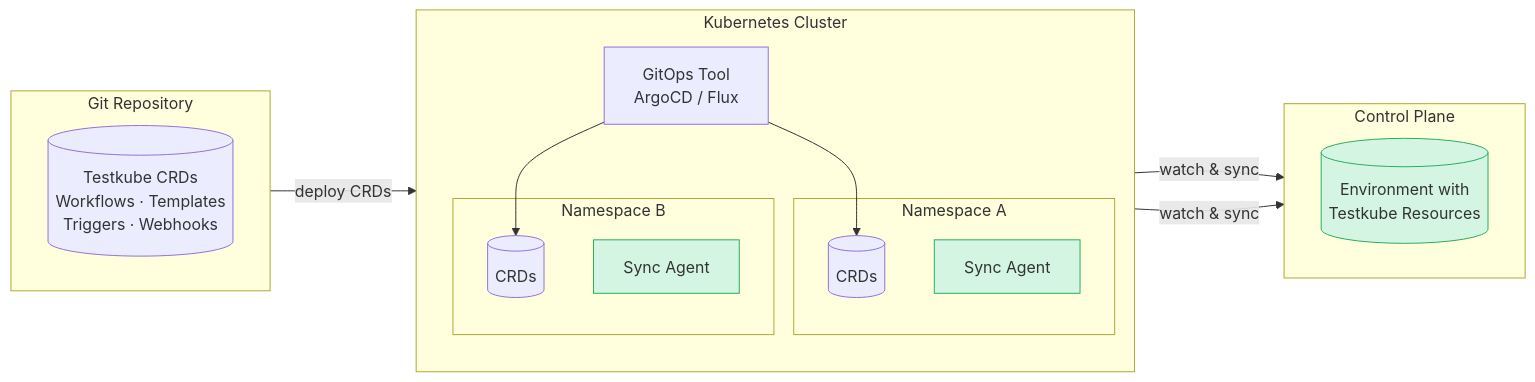
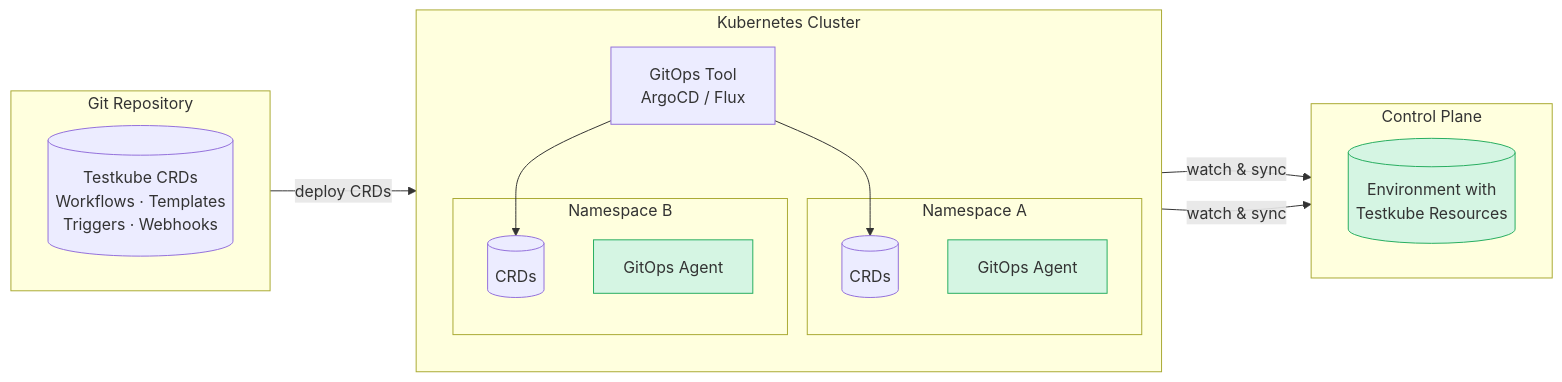
The third of 3 diagrams in docs/articles/control-plane-source-of-truth.md (kubeshop/testkube-docs), drawn with Mermaid before and after one commit. The commit also changed other lines of this file, not shown here.

````diff
--- a/docs/articles/control-plane-source-of-truth.md
+++ b/docs/articles/control-plane-source-of-truth.md
@@ -105,35 +105,35 @@
 ```mermaid
 flowchart LR
     subgraph Git Repository
         direction LR
         GR[(Testkube CRDs<br/>Workflows · Templates<br/>Triggers · Webhooks)]
     end
 
     subgraph Kubernetes Cluster
         direction TB
         ARGO[GitOps Tool<br/>ArgoCD / Flux]
         subgraph Namespace A
             CRD_A[(CRDs)]
-            SA_A[Sync Agent]
+            SA_A[GitOps Agent]
         end
         subgraph Namespace B
             CRD_B[(CRDs)]
-            SA_B[Sync Agent]
+            SA_B[GitOps Agent]
         end
     end
 
     subgraph Control Plane
         direction LR
         ENV[(Environment with<br/>Testkube Resources)]
     end
 
     GR -- "deploy CRDs" --> ARGO
     ARGO --> CRD_A
     ARGO --> CRD_B
     SA_A -- "watch & sync" --> ENV
     SA_B -- "watch & sync" --> ENV
 
     style SA_A fill:#d5f5e3,stroke:#27ae60
     style SA_B fill:#d5f5e3,stroke:#27ae60
     style ENV fill:#d5f5e3,stroke:#27ae60
 ```
````
